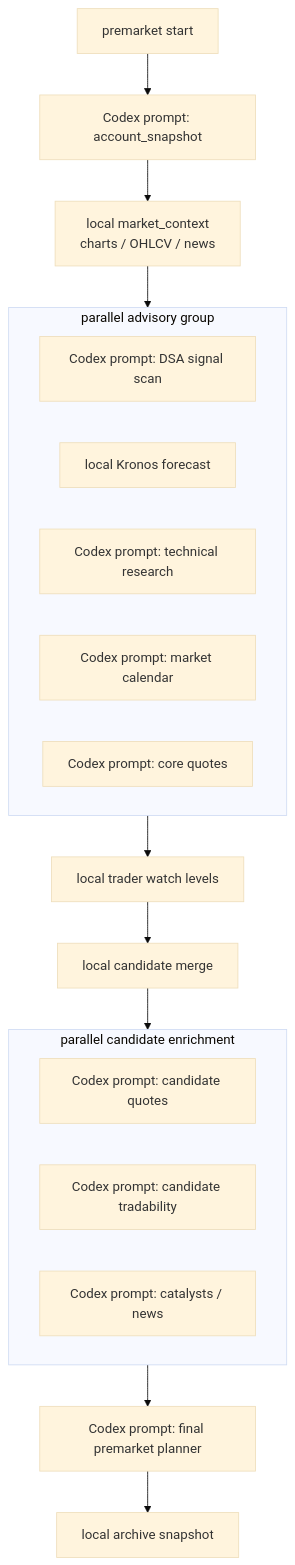
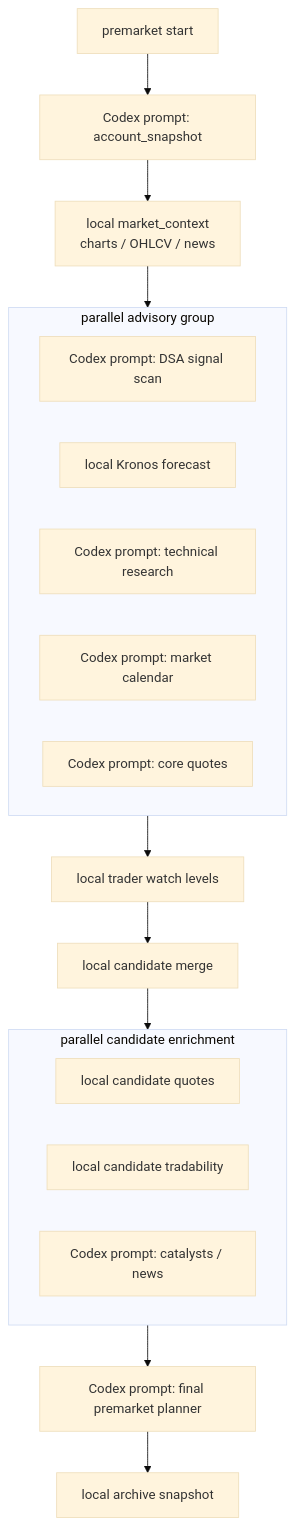
The second of 2 diagrams in README.md (poi233/robinhood-codex-agent), drawn with Mermaid (base theme) before and after one commit. The commit also changed other lines of this file and 7 other files, not shown here.

````diff
--- a/README.md
+++ b/README.md
@@ -60,27 +60,27 @@
 ```mermaid
 flowchart TD
     Start["premarket start"] --> Account["Codex prompt: account_snapshot"]
     Account --> MarketContext["local market_context<br/>charts / OHLCV / news"]
 
     MarketContext --> G1
     subgraph G1["parallel advisory group"]
         DSA["Codex prompt: DSA signal scan"]
         Kronos["local Kronos forecast"]
         Technical["Codex prompt: technical research"]
         Calendar["Codex prompt: market calendar"]
         CoreQuotes["Codex prompt: core quotes"]
     end
 
     G1 --> TraderLevels["local trader watch levels"]
     TraderLevels --> CandidateMerge["local candidate merge"]
 
     CandidateMerge --> G2
     subgraph G2["parallel candidate enrichment"]
-        CandidateQuotes["Codex prompt: candidate quotes"]
-        Tradability["Codex prompt: candidate tradability"]
+        CandidateQuotes["local candidate quotes"]
+        Tradability["local candidate tradability"]
         Catalysts["Codex prompt: catalysts / news"]
     end
 
     G2 --> FinalPlanner["Codex prompt: final premarket planner"]
     FinalPlanner --> Archive["local archive snapshot"]
 ```
````
